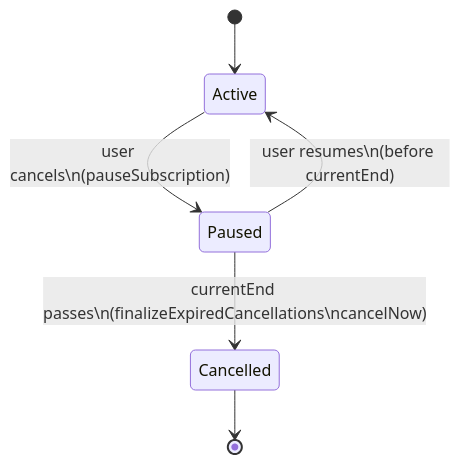
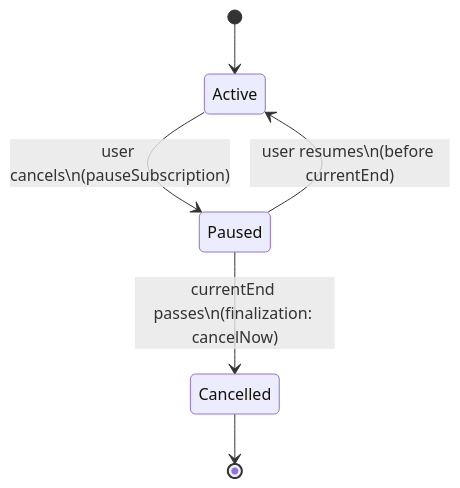
Before and after one commit to rahulsingh2k10/WealthVault: the first of 4 diagrams in documents/payments/subscription-reconciliation.md, drawn with Mermaid. The commit also changed other lines of this file and 17 other files, not shown here.

````diff
--- a/documents/payments/subscription-reconciliation.md
+++ b/documents/payments/subscription-reconciliation.md
@@ -50,8 +95,8 @@
 ```mermaid
 stateDiagram-v2
     [*] --> Active
     Active --> Paused: user cancels\n(pauseSubscription)
     Paused --> Active: user resumes\n(before currentEnd)
-    Paused --> Cancelled: currentEnd passes\n(finalizeExpiredCancellations\ncancelNow)
+    Paused --> Cancelled: currentEnd passes\n(finalization: cancelNow)
     Cancelled --> [*]
 ```
````
